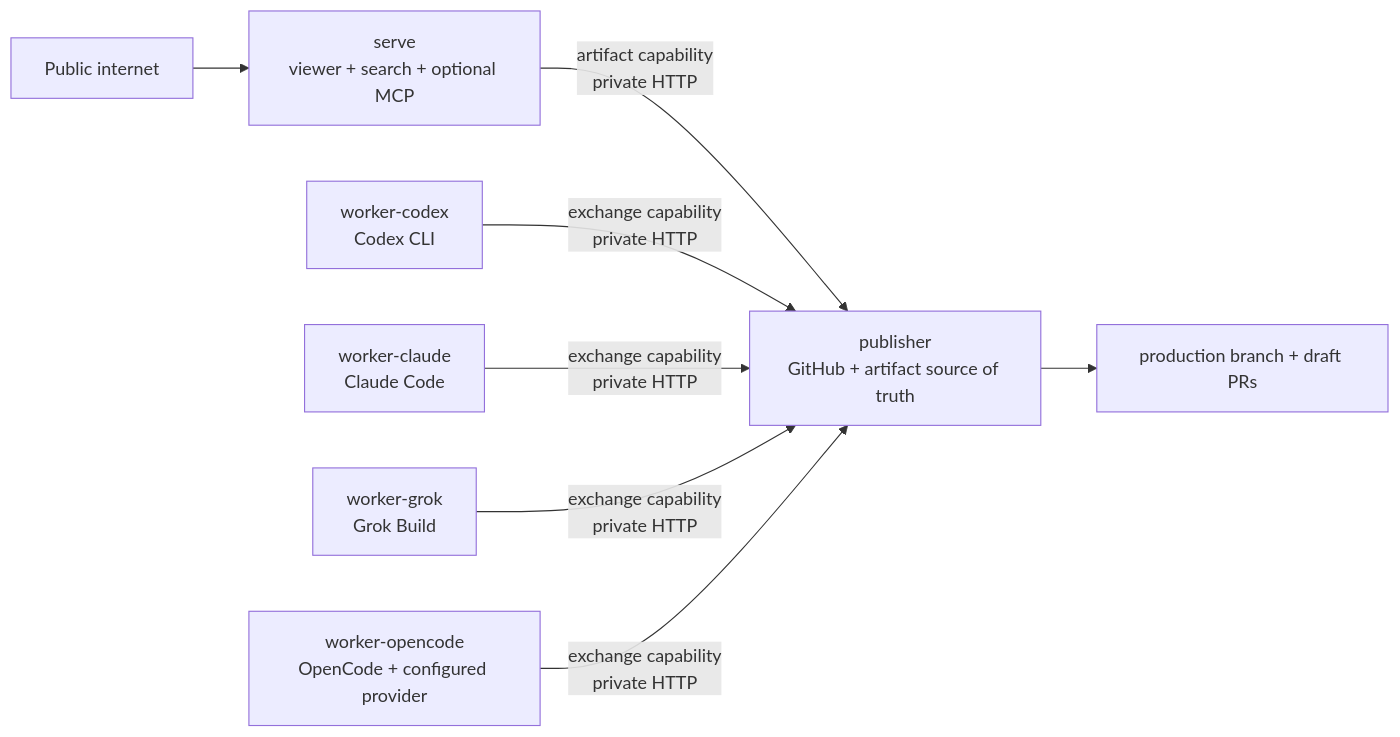
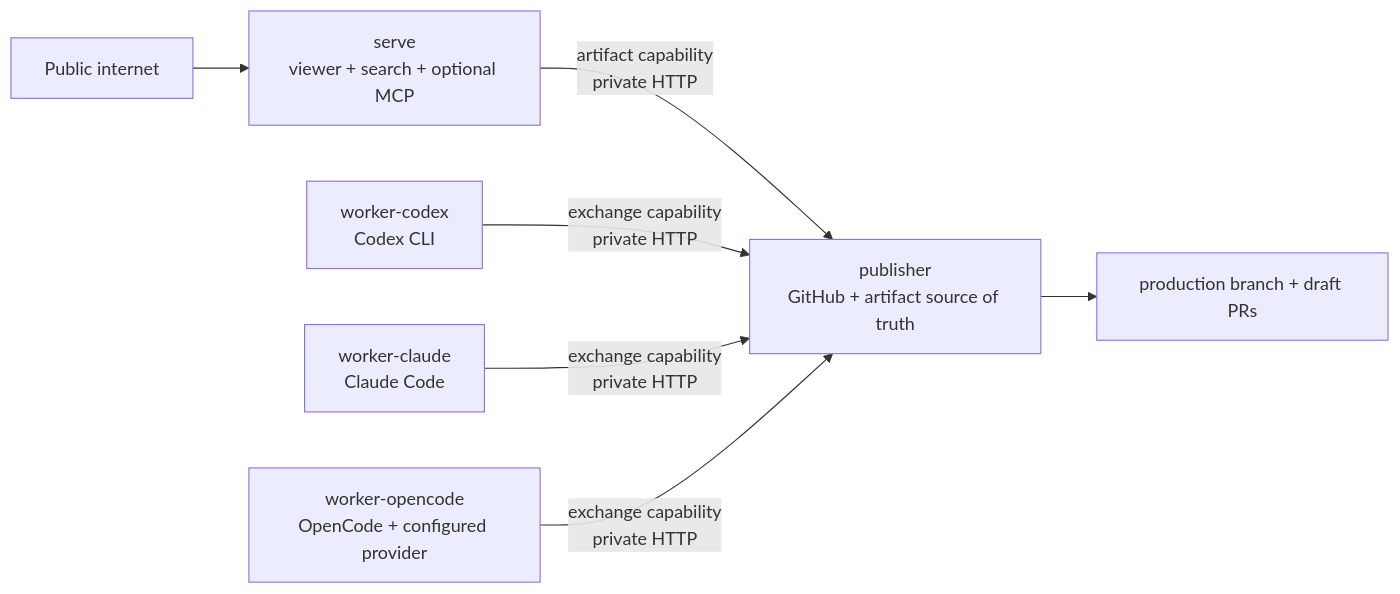
One commit to openknowledge-sh/openknowledge changed the diagram in Wiki/features/commands/deploy.md. Above: the diagram before and after it, drawn with Mermaid. The commit also changed other lines of this file and 42 other files, not shown here.

````diff
--- a/Wiki/features/commands/deploy.md
+++ b/Wiki/features/commands/deploy.md
@@ -79,10 +78,9 @@
 ```mermaid
 flowchart LR
   Internet["Public internet"] --> Serve["serve<br/>viewer + search + optional MCP"]
   Serve -->|"artifact capability<br/>private HTTP"| Publisher["publisher<br/>GitHub + artifact source of truth"]
   Codex["worker-codex<br/>Codex CLI"] -->|"exchange capability<br/>private HTTP"| Publisher
   Claude["worker-claude<br/>Claude Code"] -->|"exchange capability<br/>private HTTP"| Publisher
-  Grok["worker-grok<br/>Grok Build"] -->|"exchange capability<br/>private HTTP"| Publisher
   OpenCode["worker-opencode<br/>OpenCode + configured provider"] -->|"exchange capability<br/>private HTTP"| Publisher
   Publisher --> GitHub["production branch + draft PRs"]
 ```
````
